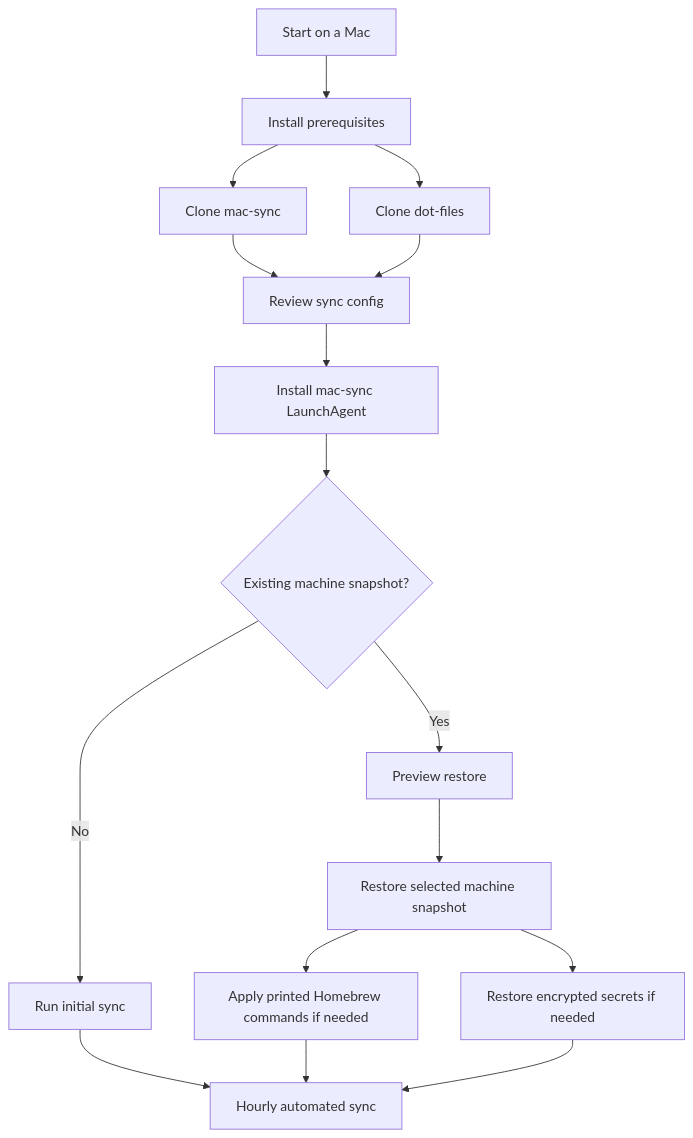
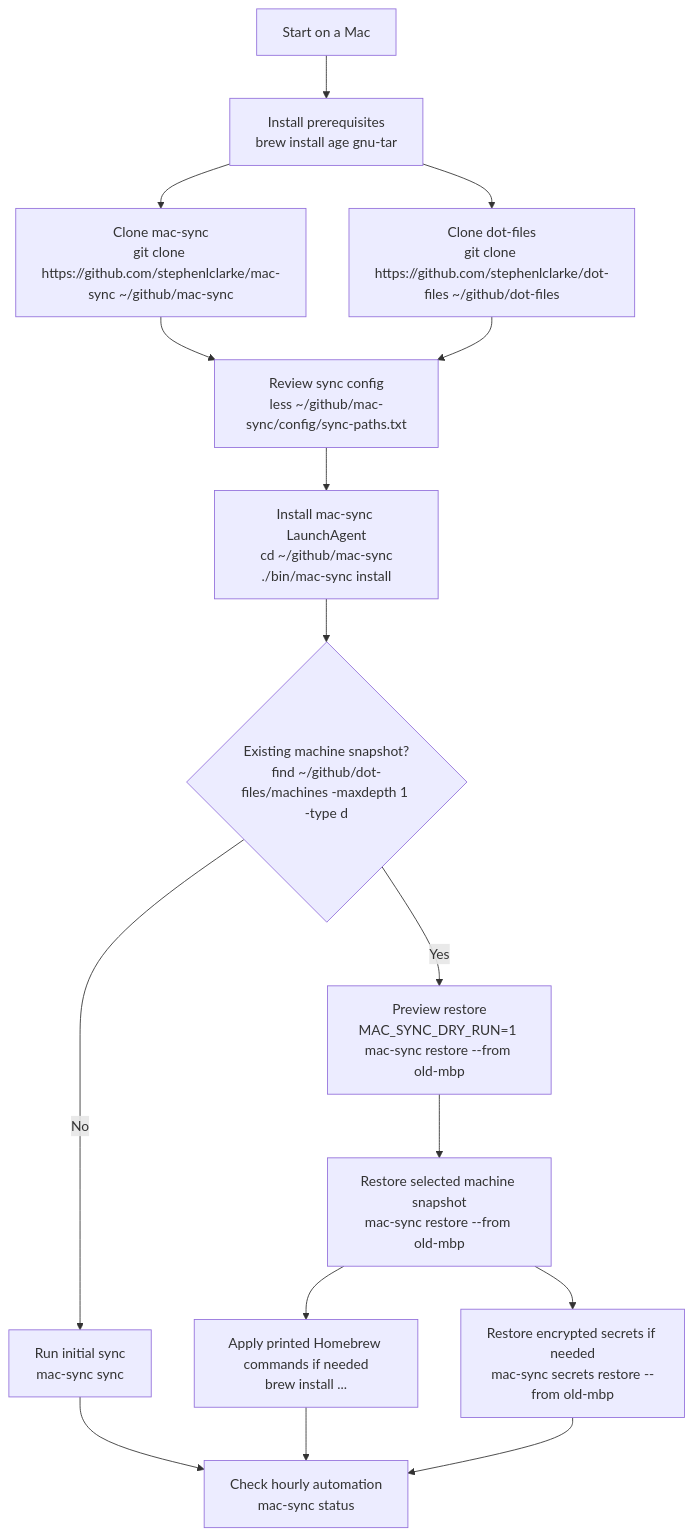
The first of 4 diagrams in WORKFLOW.md (stephenlclarke/mac-sync), drawn with Mermaid before and after one commit. The commit also changed other lines of this file, not shown here.

Commit message:
docs: add commands to workflow diagrams

````diff
--- a/WORKFLOW.md
+++ b/WORKFLOW.md
@@ -13,18 +15,18 @@
 ```mermaid
 flowchart TD
-  A["Start on a Mac"] --> B["Install prerequisites"]
-  B --> C["Clone mac-sync"]
-  B --> D["Clone dot-files"]
-  C --> E["Review sync config"]
+  A["Start on a Mac"] --> B["Install prerequisites<br/>brew install age gnu-tar"]
+  B --> C["Clone mac-sync<br/>git clone https://github.com/stephenlclarke/mac-sync ~/github/mac-sync"]
+  B --> D["Clone dot-files<br/>git clone https://github.com/stephenlclarke/dot-files ~/github/dot-files"]
+  C --> E["Review sync config<br/>less ~/github/mac-sync/config/sync-paths.txt"]
   D --> E
-  E --> F["Install mac-sync LaunchAgent"]
-  F --> G{"Existing machine snapshot?"}
-  G -- "No" --> H["Run initial sync"]
-  G -- "Yes" --> I["Preview restore"]
-  I --> J["Restore selected machine snapshot"]
-  J --> K["Apply printed Homebrew commands if needed"]
-  J --> L["Restore encrypted secrets if needed"]
-  H --> M["Hourly automated sync"]
+  E --> F["Install mac-sync LaunchAgent<br/>cd ~/github/mac-sync<br/>./bin/mac-sync install"]
+  F --> G{"Existing machine snapshot?<br/>find ~/github/dot-files/machines -maxdepth 1 -type d"}
+  G -- "No" --> H["Run initial sync<br/>mac-sync sync"]
+  G -- "Yes" --> I["Preview restore<br/>MAC_SYNC_DRY_RUN=1 mac-sync restore --from old-mbp"]
+  I --> J["Restore selected machine snapshot<br/>mac-sync restore --from old-mbp"]
+  J --> K["Apply printed Homebrew commands if needed<br/>brew install ..."]
+  J --> L["Restore encrypted secrets if needed<br/>mac-sync secrets restore --from old-mbp"]
+  H --> M["Check hourly automation<br/>mac-sync status"]
   K --> M
   L --> M
 ```
````
